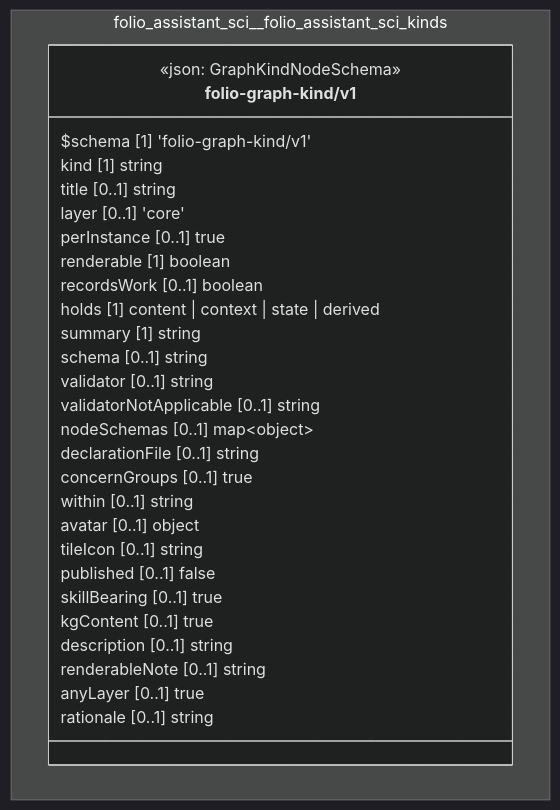
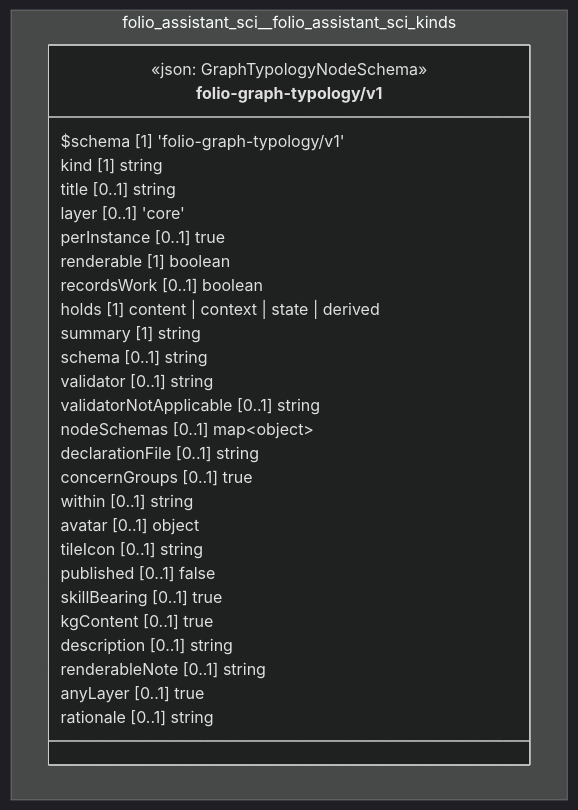
One commit to litlfred/folio-assistant changed the diagram in cat-harness/docs/uml/overview/folio-assistant-sci/folio-assistant-sci-kinds.md. Above: the diagram before and after it, drawn with Mermaid (dark theme). The commit also changed other lines of this file and 1369 other files, not shown here.

First line of the commit message:
Rename "graph kind" to "graph typology", everywhere, no alias (#2200)

````diff
--- a/cat-harness/docs/uml/overview/folio-assistant-sci/folio-assistant-sci-kinds.md
+++ b/cat-harness/docs/uml/overview/folio-assistant-sci/folio-assistant-sci-kinds.md
@@ -42,35 +42,35 @@
 ```mermaid
 classDiagram
   direction TB
   namespace folio_assistant_sci__folio_assistant_sci_kinds {
-    class folio_assistant_sci_folio_assistant_sci_kinds_folio_graph_kind_v1_folio_graph_kind_v1["folio-graph-kind/v1"] {
-      <<json: GraphKindNodeSchema>>
-      $schema [1] 'folio-graph-kind/v1'
+    class folio_assistant_sci_folio_assistant_sci_kinds_folio_graph_typology_v1_folio_graph_typology_v1["folio-graph-typology/v1"] {
+      <<json: GraphTypologyNodeSchema>>
+      $schema [1] 'folio-graph-typology/v1'
       kind [1] string
       title [0..1] string
       layer [0..1] 'core'
       perInstance [0..1] true
       renderable [1] boolean
       recordsWork [0..1] boolean
       holds [1] content | context | state | derived
       summary [1] string
       schema [0..1] string
       validator [0..1] string
       validatorNotApplicable [0..1] string
       nodeSchemas [0..1] map~object~
       declarationFile [0..1] string
       concernGroups [0..1] true
       within [0..1] string
       avatar [0..1] object
       tileIcon [0..1] string
       published [0..1] false
       skillBearing [0..1] true
       kgContent [0..1] true
       description [0..1] string
       renderableNote [0..1] string
       anyLayer [0..1] true
       rationale [0..1] string
     }
   }
-  cssClass "folio_assistant_sci_folio_assistant_sci_kinds_folio_graph_kind_v1_folio_graph_kind_v1" fa_uml_kind_kinds
+  cssClass "folio_assistant_sci_folio_assistant_sci_kinds_folio_graph_typology_v1_folio_graph_typology_v1" fa_uml_kind_kinds
 ```
````
